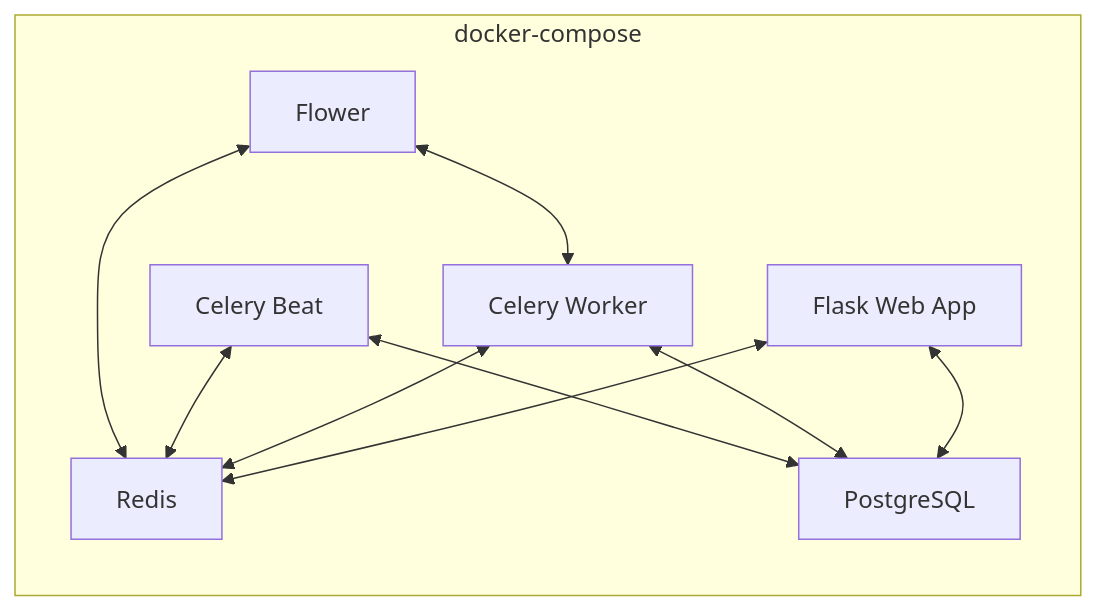
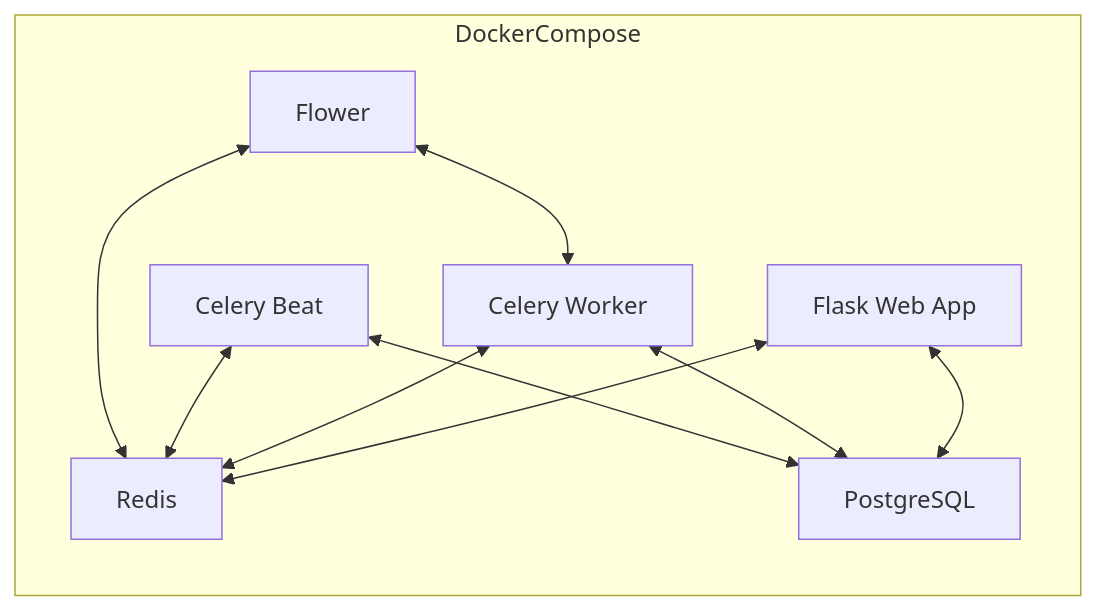
Before and after one commit to Jilan5/background-task-using-websocket-flask-redis-celery-docker-compose: the second of 5 diagrams in readme.md, drawn with Mermaid. The commit also changed other lines of this file, not shown here.

````diff
--- a/readme.md
+++ b/readme.md
@@ -63,20 +63,20 @@
 ```mermaid
 flowchart LR
-    subgraph docker-compose
-        Web[Flask Web App]
-        CeleryWorker[Celery Worker]
-        CeleryBeat[Celery Beat]
-        Flower[Flower]
-        Redis[Redis]
-        DB[PostgreSQL]
+    subgraph DockerCompose
+        Web["Flask Web App"]
+        Worker["Celery Worker"]
+        Beat["Celery Beat"]
+        Flower["Flower"]
+        Redis["Redis"]
+        DB["PostgreSQL"]
     end
 
     Web <--> Redis
-    CeleryWorker <--> Redis
-    CeleryBeat <--> Redis
+    Worker <--> Redis
+    Beat <--> Redis
     Flower <--> Redis
     Web <--> DB
-    CeleryWorker <--> DB
-    CeleryBeat <--> DB
-    Flower <--> CeleryWorker
+    Worker <--> DB
+    Beat <--> DB
+    Flower <--> Worker
 ```
````
